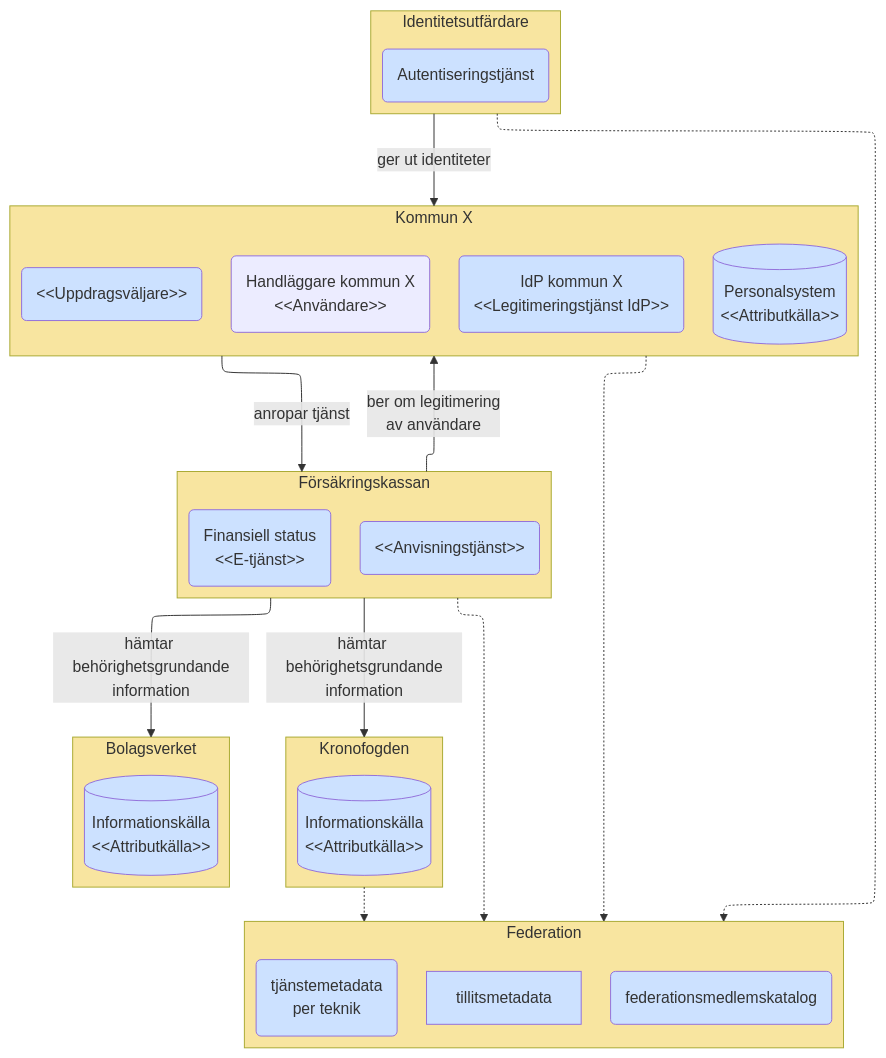
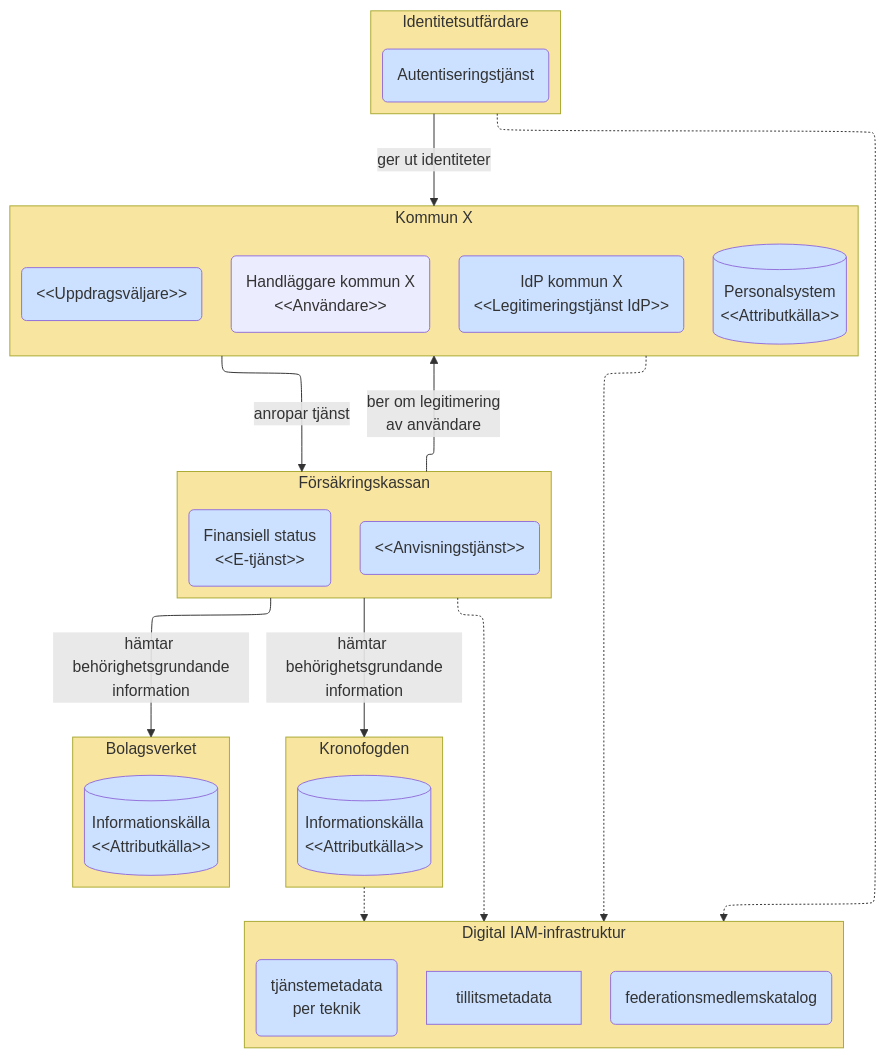
Before and after one commit to diggsweden/ena-authorization: the tenth of 10 diagrams in architecture/drafts/IAM_TargetArchitecture_Sweden.md, drawn with Mermaid. The commit also changed other lines of this file, not shown here.

Commit message:
Uppdaterat till digital IAM-infrastruktur i bilder

````diff
--- a/architecture/drafts/IAM_TargetArchitecture_Sweden.md
+++ b/architecture/drafts/IAM_TargetArchitecture_Sweden.md
@@ -349,50 +349,50 @@
 ```mermaid
 %%{init: {"flowchart": {"defaultRenderer": "elk"}} }%%
 graph TD
 classDef org fill:#F8E5A0
 classDef comp fill:#CCE1FF
 classDef box fill:#ffffff,stroke:#000000
 
 subgraph xo[Kommun X]
     xu(Handläggare kommun X<br>&lt&ltAnvändare&gt&gt)
     xidp(IdP kommun X<br>&lt&ltLegitimeringstjänst IdP&gt&gt):::comp
     xuv(<p>&lt&ltUppdragsväljare&gt&gt):::comp
     xak[(Personalsystem<br>&lt&ltAttributkälla&gt&gt)]:::comp
 end
 xo:::org
 
 subgraph k[Kronofogden]
     kd[(Informationskälla<br>&lt&ltAttributkälla&gt&gt)]:::comp
 end
 k:::org
 
 subgraph b[Bolagsverket]
     bd[(Informationskälla<br>&lt&ltAttributkälla&gt&gt)]:::comp
 end
 b:::org
 
 subgraph fk[Försäkringskassan]
     fkt(Finansiell status<br>&lt&ltE-tjänst&gt&gt):::comp
     fka(<p>&lt&ltAnvisningstjänst&gt&gt):::comp
 end
 fk:::org
 
 subgraph id[Identitetsutfärdare]
     ida(Autentiseringstjänst):::comp
 end
 id:::org
 
-subgraph fed[Federation]
+subgraph fed[Digital IAM-infrastruktur]
     fedt[tillitsmetadata]:::comp
     fedmk(federationsmedlemskatalog):::comp
     fedprof(tjänstemetadata<br>per teknik):::comp
 end
 fed:::org
 
 id & fk & xo & k -.-> fed
 id--ger ut identiteter-->xo
 fk--ber om legitimering<br>av användare-->xo
 fk--hämtar behörighetsgrundande<br>information-->k & b
 xo--anropar tjänst--> fk
 
 ```
````
